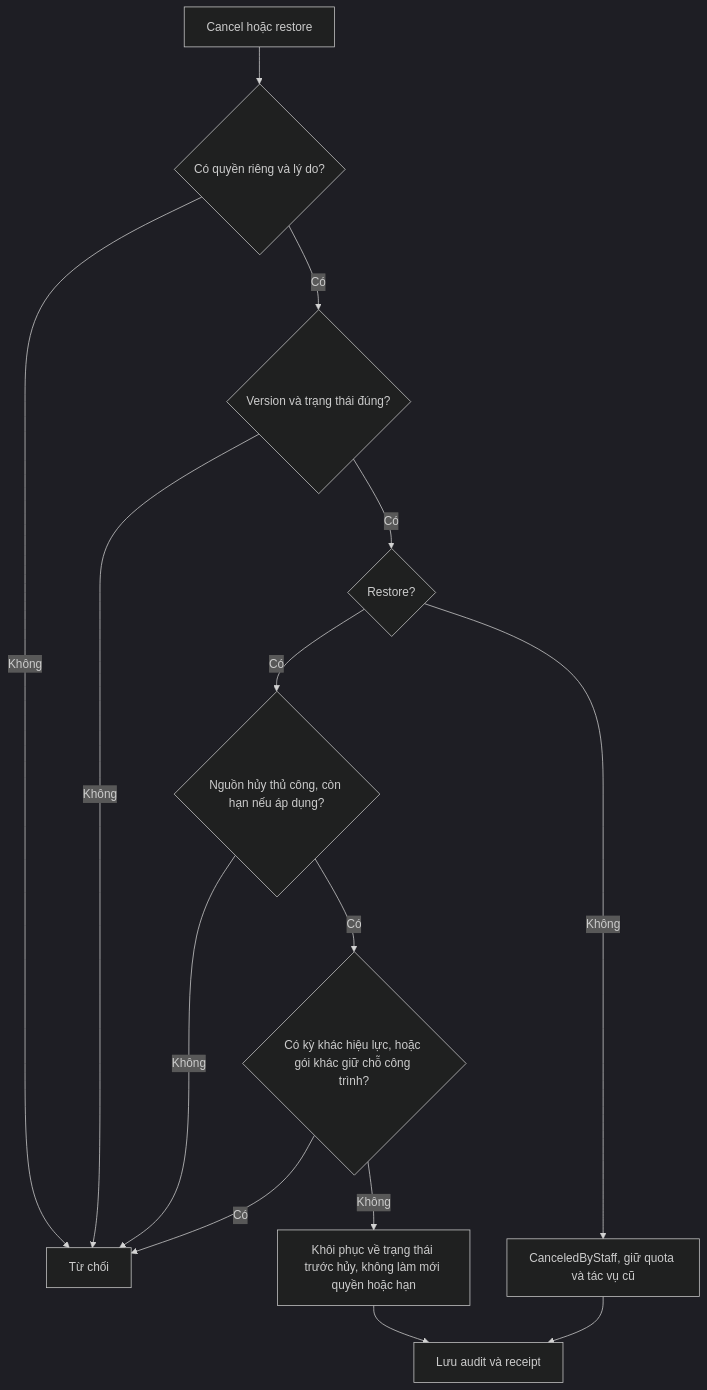
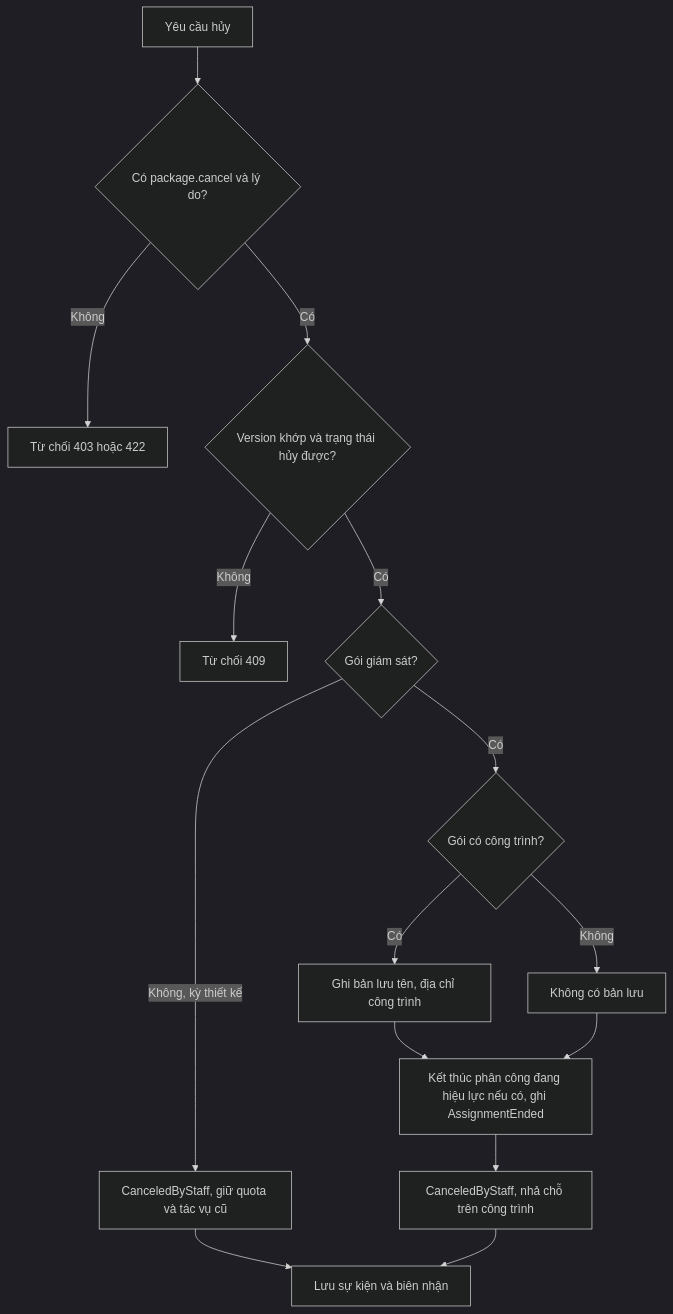
The third of 5 diagrams in tdd/TDD-SUB-005.md (TaskCoper/bmt-documentation), drawn with Mermaid (dark theme) before and after one commit. The commit also changed other lines of this file and 190 other files, not shown here.

First line of the commit message:
docs: gỡ gói giám sát, bỏ khôi phục và khóa sửa công trình

````diff
--- a/tdd/TDD-SUB-005.md
+++ b/tdd/TDD-SUB-005.md
@@ -161,16 +200,17 @@
 ```mermaid
 flowchart TD
-    A[Cancel hoặc restore] --> B{Có quyền riêng và lý do?}
-    B -->|Không| X[Từ chối]
-    B -->|Có| C{Version và trạng thái đúng?}
-    C -->|Không| X
-    C -->|Có| D{Restore?}
-    D -->|Không| H[CanceledByStaff, giữ quota và tác vụ cũ]
-    D -->|Có| E{Nguồn hủy thủ công, còn hạn nếu áp dụng?}
-    E -->|Không| X
-    E -->|Có| F{Có kỳ khác hiệu lực, hoặc gói khác giữ chỗ công trình?}
-    F -->|Có| X
-    F -->|Không| G[Khôi phục về trạng thái trước hủy, không làm mới quyền hoặc hạn]
-    G --> I[Lưu audit và receipt]
+    A[Yêu cầu hủy] --> B{Có package.cancel và lý do?}
+    B -->|Không| X[Từ chối 403 hoặc 422]
+    B -->|Có| C{Version khớp và trạng thái hủy được?}
+    C -->|Không| Y[Từ chối 409]
+    C -->|Có| D{Gói giám sát?}
+    D -->|Không, kỳ thiết kế| E[CanceledByStaff, giữ quota và tác vụ cũ]
+    D -->|Có| F{Gói có công trình?}
+    F -->|Có| G[Ghi bản lưu tên, địa chỉ công trình]
+    F -->|Không| H[Không có bản lưu]
+    G --> I[Kết thúc phân công đang hiệu lực nếu có, ghi AssignmentEnded]
     H --> I
+    I --> J[CanceledByStaff, nhả chỗ trên công trình]
+    E --> K[Lưu sự kiện và biên nhận]
+    J --> K
 ```
````
